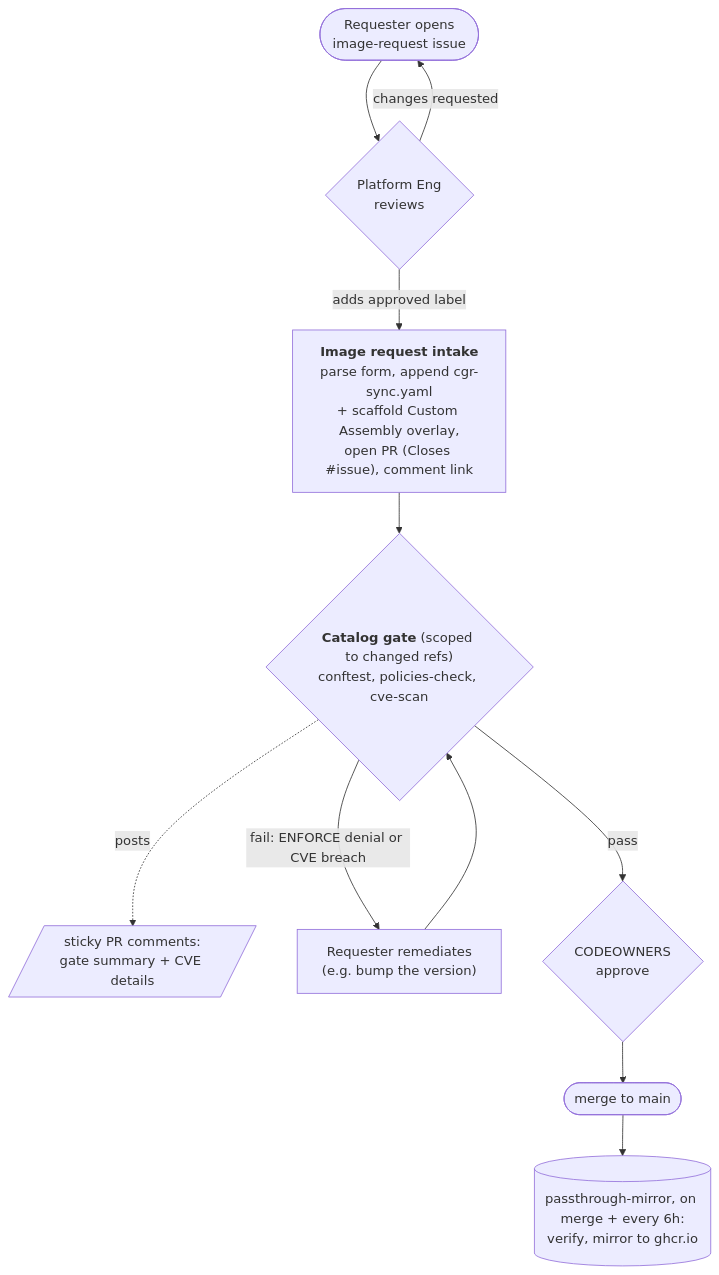
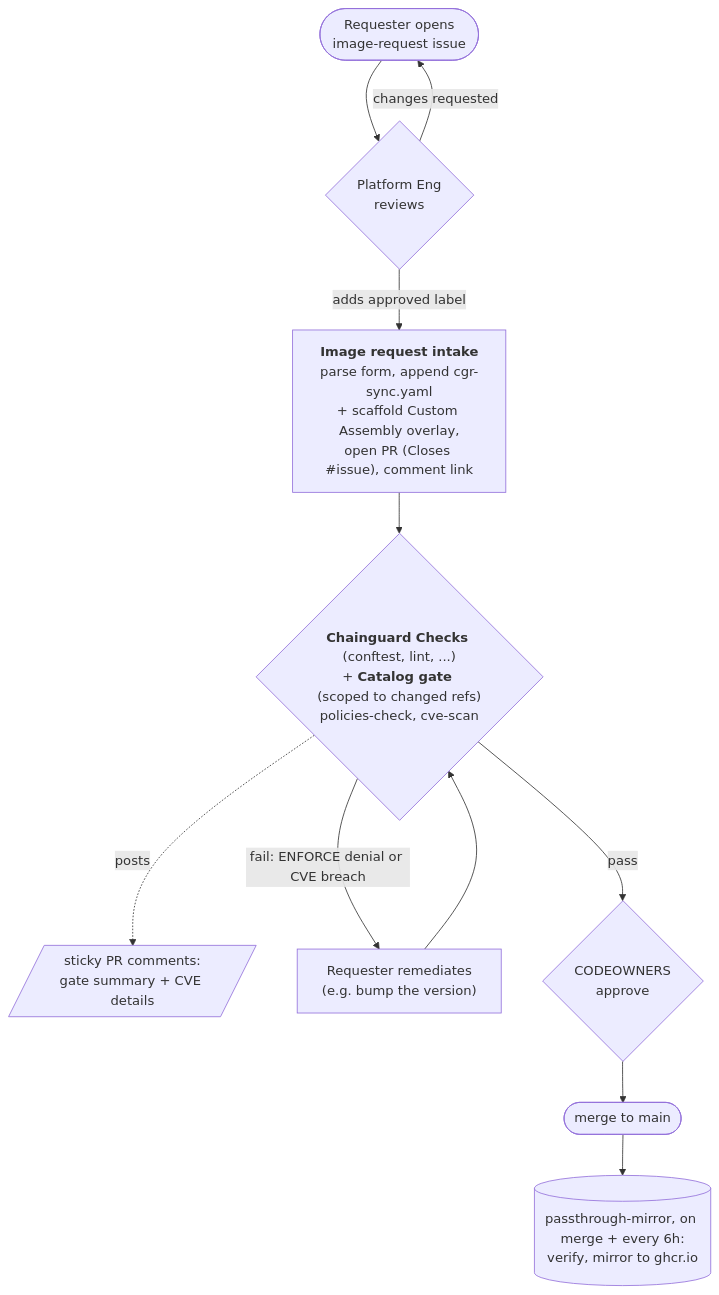
One commit to cartyc/golden-image changed the second of 2 diagrams in README.md. Above: the diagram before and after it, drawn with Mermaid. The commit also changed other lines of this file and 7 other files, not shown here.

First line of the commit message:
ci: retire Actions jobs that duplicate Chainguard Checks

````diff
--- a/README.md
+++ b/README.md
@@ -132,19 +132,19 @@
 ```mermaid
 flowchart TD
   issue(["Requester opens<br/>image-request issue"])
   review{"Platform Eng<br/>reviews"}
   intake["<b>Image request intake</b><br/>parse form, append cgr-sync.yaml<br/>+ scaffold Custom Assembly overlay,<br/>open PR (Closes #issue), comment link"]
-  gate{"<b>Catalog gate</b> (scoped to changed refs)<br/>conftest, policies-check, cve-scan"}
+  gate{"<b>Chainguard Checks</b> (conftest, lint, ...)<br/>+ <b>Catalog gate</b> (scoped to changed refs)<br/>policies-check, cve-scan"}
   feedback[/"sticky PR comments:<br/>gate summary + CVE details"/]
   remediate["Requester remediates<br/>(e.g. bump the version)"]
   codeowners{"CODEOWNERS<br/>approve"}
   merge(["merge to main"])
   mirror[("passthrough-mirror, on merge + every 6h:<br/>verify, mirror to ghcr.io")]
 
   issue --> review
   review -- "adds approved label" --> intake --> gate
   gate -. posts .-> feedback
   gate -- "fail: ENFORCE denial or CVE breach" --> remediate --> gate
   gate -- pass --> codeowners --> merge --> mirror
   review -- "changes requested" --> issue
 ```
````
